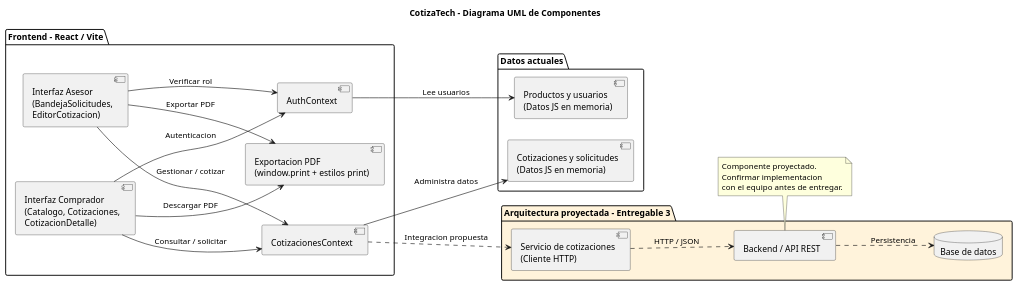
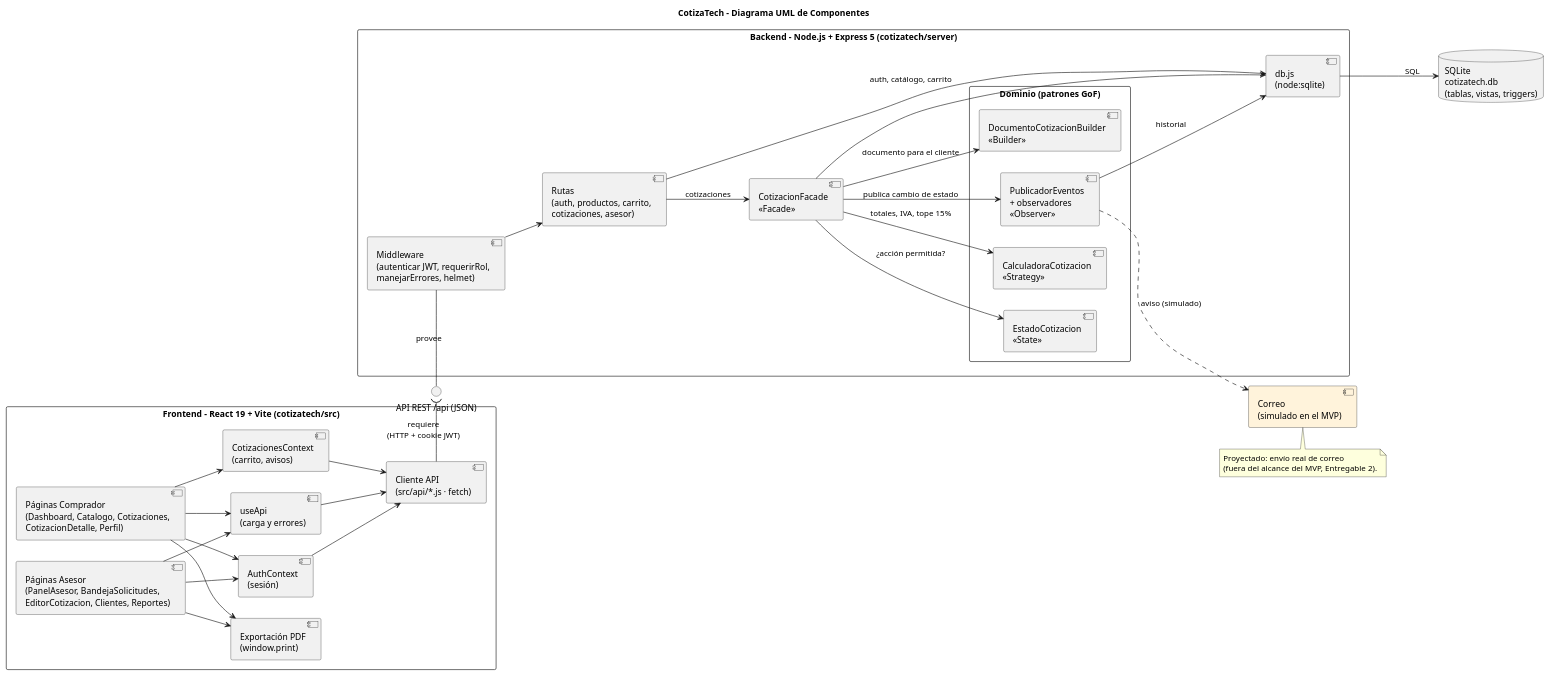
Before and after one commit to Thiago010904/PaginaDise-o: the diagram in documentacion/diagramas/componentes.puml, drawn with PlantUML. The commit also changed 3 other files, not shown here.

First line of the commit message:
docs: actualizar diagramas de componentes y despliegue con el backend real

```diff
--- a/documentacion/diagramas/componentes.puml
+++ b/documentacion/diagramas/componentes.puml
@@ -1,45 +1,65 @@
 @startuml
 title CotizaTech - Diagrama UML de Componentes
 left to right direction
 skinparam componentStyle uml2
 skinparam shadowing false
+skinparam packageStyle rectangle
 
-package "Frontend - React / Vite" {
-  component "Interfaz Comprador\n(Catalogo, Cotizaciones,\nCotizacionDetalle)" as Comprador
-  component "Interfaz Asesor\n(BandejaSolicitudes,\nEditorCotizacion)" as Asesor
-  component "AuthContext" as Auth
-  component "CotizacionesContext" as Cotizaciones
-  component "Exportacion PDF\n(window.print + estilos print)" as PDF
+package "Frontend - React 19 + Vite (cotizatech/src)" {
+  component "Páginas Comprador\n(Dashboard, Catalogo, Cotizaciones,\nCotizacionDetalle, Perfil)" as PagComprador
+  component "Páginas Asesor\n(PanelAsesor, BandejaSolicitudes,\nEditorCotizacion, Clientes, Reportes)" as PagAsesor
+  component "AuthContext\n(sesión)" as AuthCtx
+  component "CotizacionesContext\n(carrito, avisos)" as CotCtx
+  component "useApi\n(carga y errores)" as UseApi
+  component "Cliente API\n(src/api/*.js · fetch)" as ClienteApi
+  component "Exportación PDF\n(window.print)" as PDF
 }
 
-package "Datos actuales" {
-  component "Productos y usuarios\n(Datos JS en memoria)" as Datos
-  component "Cotizaciones y solicitudes\n(Datos JS en memoria)" as Memoria
+package "Backend - Node.js + Express 5 (cotizatech/server)" {
+  component "Middleware\n(autenticar JWT, requerirRol,\nmanejarErrores, helmet)" as Middleware
+  component "Rutas\n(auth, productos, carrito,\ncotizaciones, asesor)" as Rutas
+  component "CotizacionFacade\n<<Facade>>" as Facade
+
+  package "Dominio (patrones GoF)" {
+    component "EstadoCotizacion\n<<State>>" as State
+    component "CalculadoraCotizacion\n<<Strategy>>" as Strategy
+    component "PublicadorEventos\n+ observadores\n<<Observer>>" as Observer
+    component "DocumentoCotizacionBuilder\n<<Builder>>" as Builder
+  }
+  component "db.js\n(node:sqlite)" as DbJs
 }
 
-package "Arquitectura proyectada - Entregable 3" #FFF3DB {
-  component "Servicio de cotizaciones\n(Cliente HTTP)" as Servicio
-  component "Backend / API REST" as API
-  database "Base de datos" as BD
-}
+database "SQLite\ncotizatech.db\n(tablas, vistas, triggers)" as BD
+component "Correo\n(simulado en el MVP)" as Correo #FFF3DB
 
-Comprador --> Auth : Autenticacion
-Comprador --> Cotizaciones : Consultar / solicitar
-Asesor --> Auth : Verificar rol
-Asesor --> Cotizaciones : Gestionar / cotizar
-Comprador --> PDF : Descargar PDF
-Asesor --> PDF : Exportar PDF
+interface "API REST /api (JSON)" as REST
 
-Auth --> Datos : Lee usuarios
-Cotizaciones --> Memoria : Administra datos
+PagComprador --> CotCtx
+PagComprador --> UseApi
+PagComprador --> PDF
+PagAsesor --> UseApi
+PagAsesor --> PDF
+PagComprador --> AuthCtx
+PagAsesor --> AuthCtx
+AuthCtx --> ClienteApi
+CotCtx --> ClienteApi
+UseApi --> ClienteApi
+ClienteApi -( REST : requiere\n(HTTP + cookie JWT)
+REST - Middleware : provee
+Middleware --> Rutas
+Rutas --> Facade : cotizaciones
+Rutas --> DbJs : auth, catálogo, carrito
+Facade --> State : ¿acción permitida?
+Facade --> Strategy : totales, IVA, tope 15%
+Facade --> Observer : publica cambio de estado
+Facade --> Builder : documento para el cliente
+Facade --> DbJs
+Observer --> DbJs : historial
+Observer ..> Correo : aviso (simulado)
+DbJs --> BD : SQL
 
-Cotizaciones ..> Servicio : Integracion propuesta
-Servicio ..> API : HTTP / JSON
-API ..> BD : Persistencia
-
-note bottom of API
-  Componente proyectado.
-  Confirmar implementacion
-  con el equipo antes de entregar.
+note bottom of Correo
+  Proyectado: envío real de correo
+  (fuera del alcance del MVP, Entregable 2).
 end note
 @enduml
```
